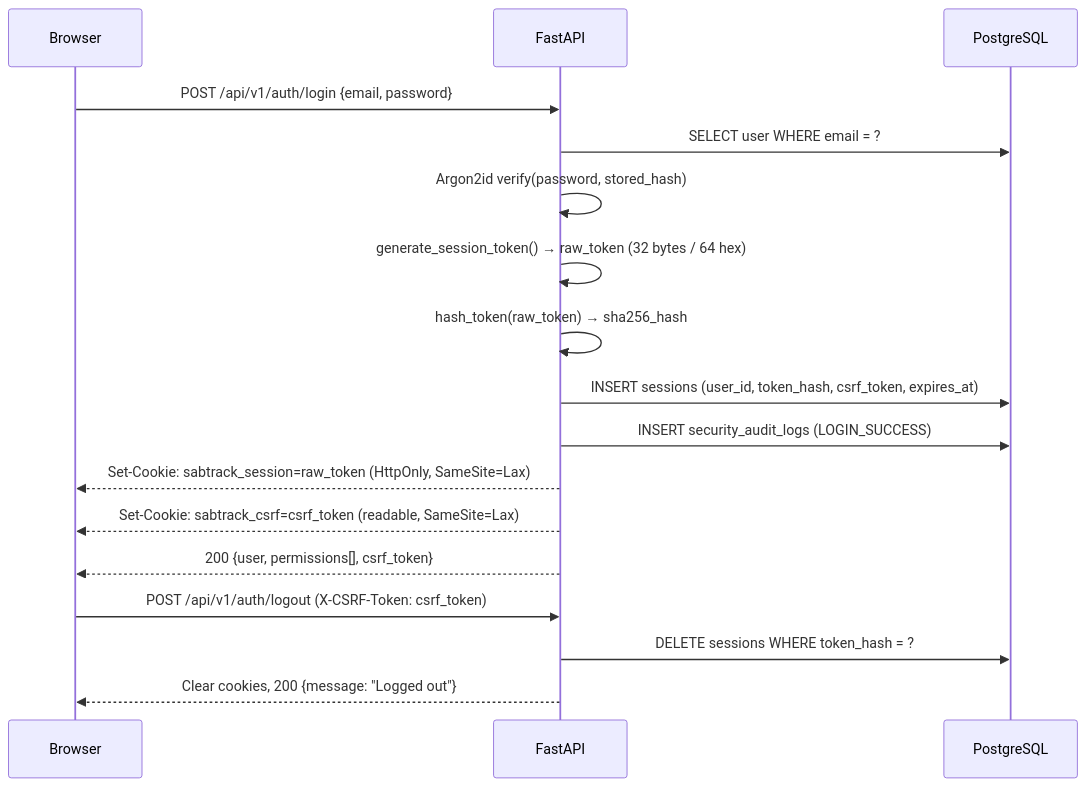
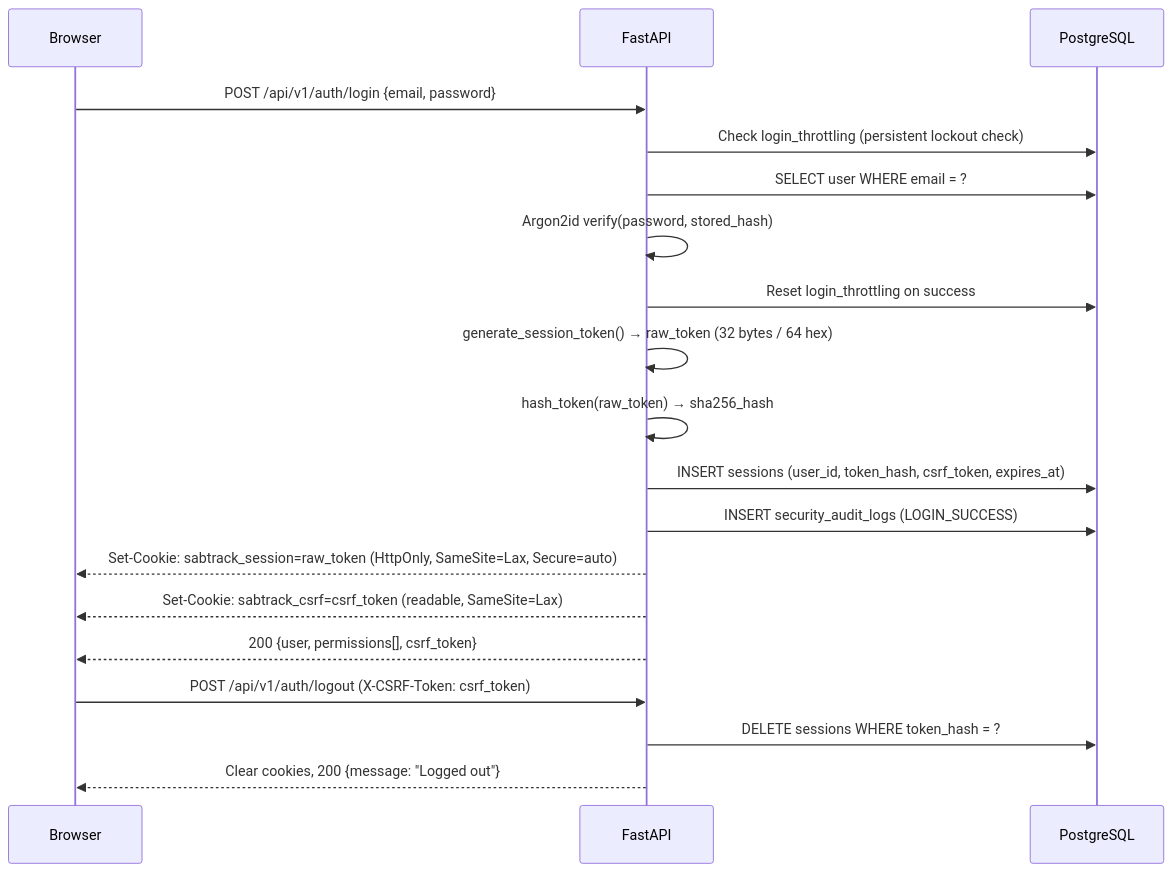
The second of 2 diagrams in docs/ARCHITECTURE.md (perezjazztin/SABTRACK-3.0), drawn with Mermaid before and after one commit. The commit also changed other lines of this file and 50 other files, not shown here.

````diff
--- a/docs/ARCHITECTURE.md
+++ b/docs/ARCHITECTURE.md
@@ -78,21 +86,23 @@
 ```mermaid
 sequenceDiagram
     participant B as Browser
     participant F as FastAPI
     participant DB as PostgreSQL
 
     B->>F: POST /api/v1/auth/login {email, password}
+    F->>DB: Check login_throttling (persistent lockout check)
     F->>DB: SELECT user WHERE email = ?
     F->>F: Argon2id verify(password, stored_hash)
+    F->>DB: Reset login_throttling on success
     F->>F: generate_session_token() → raw_token (32 bytes / 64 hex)
     F->>F: hash_token(raw_token) → sha256_hash
     F->>DB: INSERT sessions (user_id, token_hash, csrf_token, expires_at)
     F->>DB: INSERT security_audit_logs (LOGIN_SUCCESS)
-    F-->>B: Set-Cookie: sabtrack_session=raw_token (HttpOnly, SameSite=Lax)
+    F-->>B: Set-Cookie: sabtrack_session=raw_token (HttpOnly, SameSite=Lax, Secure=auto)
     F-->>B: Set-Cookie: sabtrack_csrf=csrf_token (readable, SameSite=Lax)
     F-->>B: 200 {user, permissions[], csrf_token}
 
     B->>F: POST /api/v1/auth/logout (X-CSRF-Token: csrf_token)
     F->>DB: DELETE sessions WHERE token_hash = ?
     F-->>B: Clear cookies, 200 {message: "Logged out"}
 ```
````
